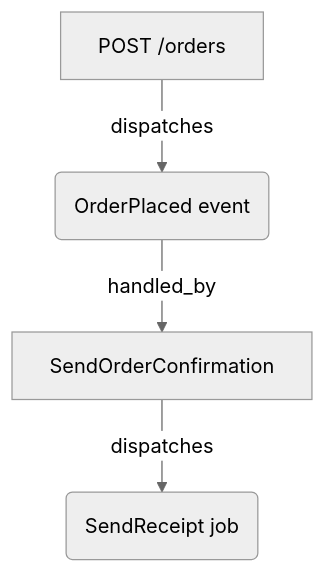
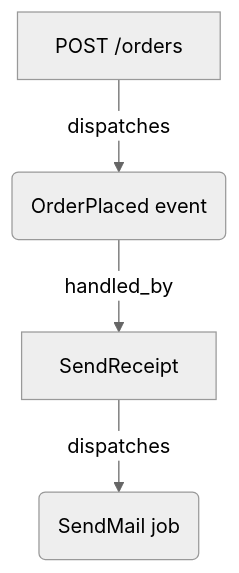
Before and after one commit to lucasp1337/laravel-loom: the diagram in docs/concepts/the-index.md, drawn with Mermaid (neutral theme). The commit also changed other lines of this file and 32 other files, not shown here.

````diff
--- a/docs/concepts/the-index.md
+++ b/docs/concepts/the-index.md
@@ -56,6 +61,6 @@
 ```mermaid
 flowchart TD
     R[POST /orders] -->|dispatches| E(OrderPlaced event)
-    E -->|handled_by| L[SendOrderConfirmation]
-    L -->|dispatches| J(SendReceipt job)
+    E -->|handled_by| L[SendReceipt]
+    L -->|dispatches| J(SendMail job)
 ```
````
